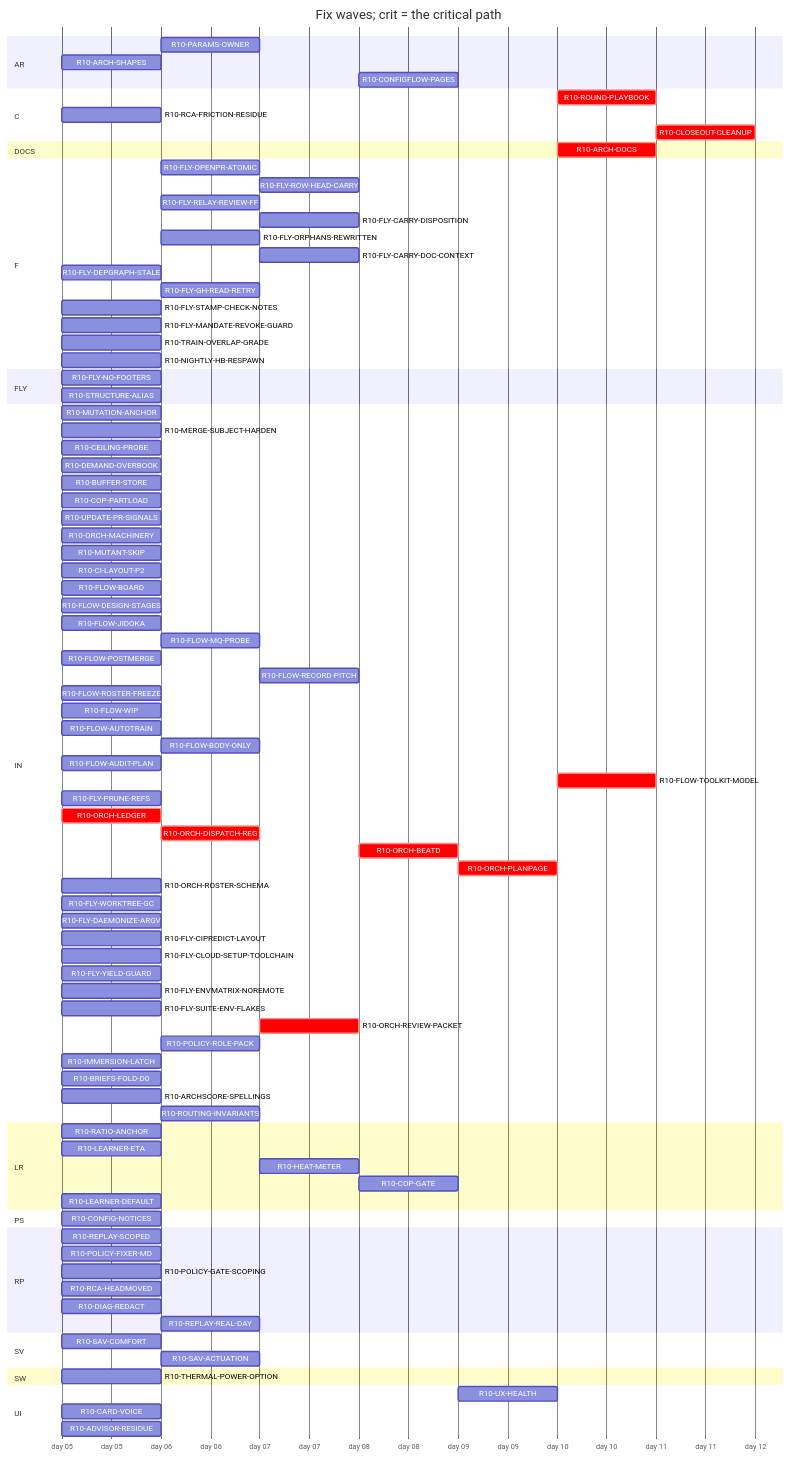
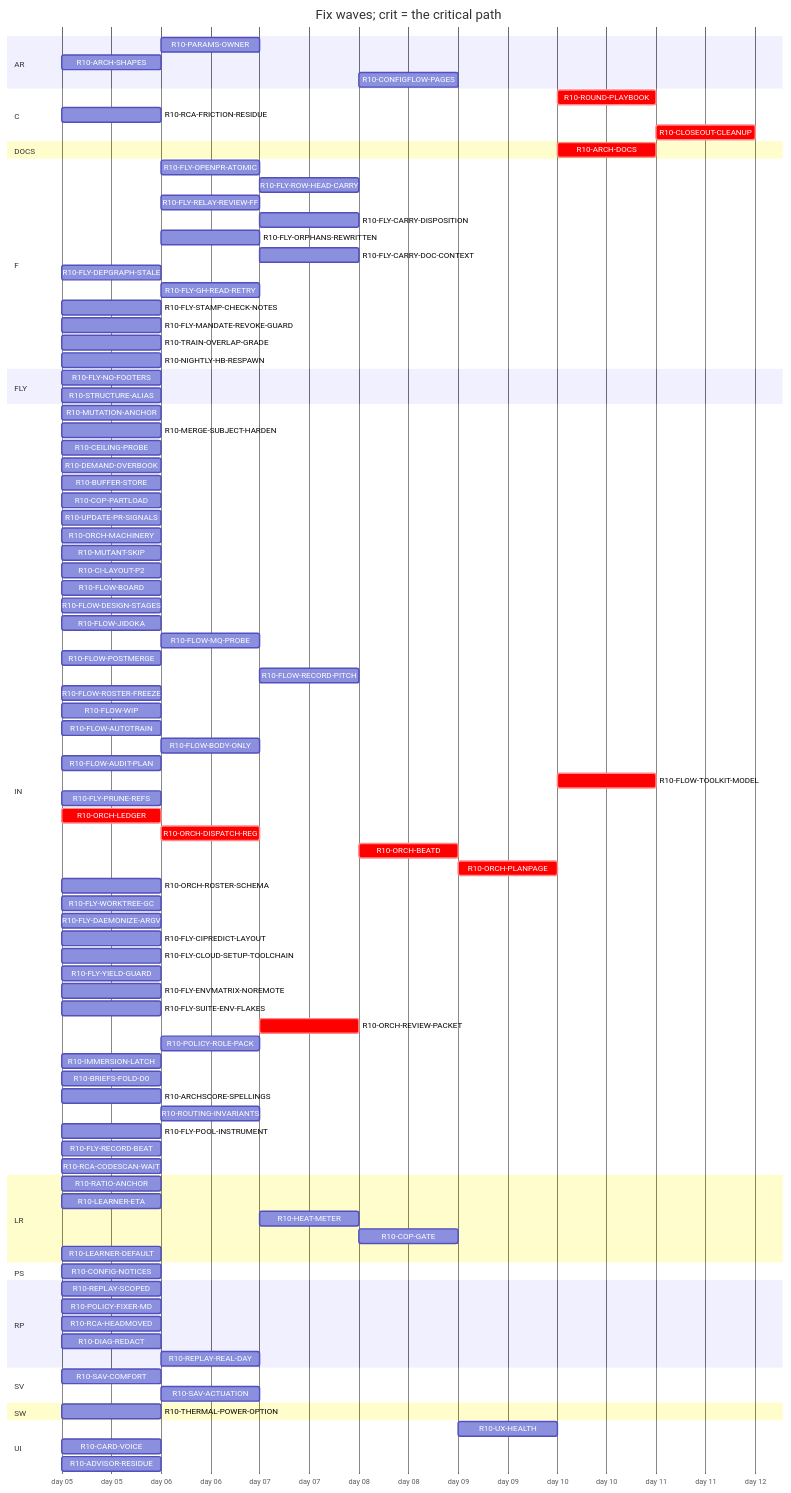
The diagram in handoff/round10/state/PLAN-TABLE.md (tvofi/heatpump_optimizer), drawn with Mermaid before and after one commit. The commit also changed other lines of this file and 2 other files, not shown here.

```diff
--- a/handoff/round10/state/PLAN-TABLE.md
+++ b/handoff/round10/state/PLAN-TABLE.md
@@ -36,7 +36,7 @@
     R10-RCA-FRICTION-RESIDUE :r10RCAFRICTIONRESIDUE, 2026-01-05, 1d
     R10-CLOSEOUT-CLEANUP :crit, r10CLOSEOUTCLEANUP, after r10FLYPRUNEREFS r10FLYWORKTREEGC r10ARCHDOCS r10ROUNDPLAYBOOK, 1d
   section DOCS
-    R10-ARCH-DOCS :crit, r10ARCHDOCS, after r10RATIOANCHOR r10CONFIGNOTICES r10PARAMSOWNER r10ARCHSHAPES r10LEARNERETA r10HEATMETER r10COPGATE r10UXHEALTH r10CONFIGFLOWPAGES r10REPLAYSCOPED r10POLICYFIXERMD r10POLICYGATESCOPING r10RCAHEADMOVED r10SAVCOMFORT r10MUTATIONANCHOR r10MERGESUBJECTHARDEN r10CEILINGPROBE r10DEMANDOVERBOOK r10BUFFERSTORE r10COPPARTLOAD r10UPDATEPRSIGNALS r10CARDVOICE r10THERMALPOWEROPTION r10LEARNERDEFAULT r10MUTANTSKIP r10CILAYOUTP2 r10FLOWBOARD r10FLOWDESIGNSTAGES r10FLOWJIDOKA r10FLOWMQPROBE r10FLOWPOSTMERGE r10FLOWRECORDPITCH r10FLOWROSTERFREEZE r10FLOWWIP r10FLOWAUTOTRAIN r10FLOWBODYONLY r10FLYOPENPRATOMIC r10FLYROWHEADCARRY r10FLOWAUDITPLAN r10FLYRELAYREVIEWFF r10FLYCARRYDISPOSITION r10FLYORPHANSREWRITTEN r10FLYCARRYDOCCONTEXT r10FLYDEPGRAPHSTALE r10FLOWTOOLKITMODEL r10FLYSTAMPCHECKNOTES r10FLYMANDATEREVOKEGUARD r10RCAFRICTIONRESIDUE r10TRAINOVERLAPGRADE r10NIGHTLYHBRESPAWN r10FLYPRUNEREFS r10ORCHLEDGER r10ORCHDISPATCHREG r10ORCHBEATD r10ORCHPLANPAGE r10ORCHROSTERSCHEMA r10FLYWORKTREEGC r10FLYDAEMONIZEARGV r10FLYCIPREDICTLAYOUT r10FLYCLOUDSETUPTOOLCHAIN r10FLYYIELDGUARD r10FLYENVMATRIXNOREMOTE r10STRUCTUREALIAS r10ORCHREVIEWPACKET r10POLICYROLEPACK r10IMMERSIONLATCH r10DIAGREDACT r10ADVISORRESIDUE r10BRIEFSFOLDD0 r10REPLAYREALDAY r10ARCHSCORESPELLINGS r10ROUTINGINVARIANTS r10SAVACTUATION, 1d
+    R10-ARCH-DOCS :crit, r10ARCHDOCS, after r10RATIOANCHOR r10CONFIGNOTICES r10PARAMSOWNER r10ARCHSHAPES r10LEARNERETA r10HEATMETER r10COPGATE r10UXHEALTH r10CONFIGFLOWPAGES r10REPLAYSCOPED r10POLICYFIXERMD r10RCAHEADMOVED r10SAVCOMFORT r10MUTATIONANCHOR r10MERGESUBJECTHARDEN r10CEILINGPROBE r10DEMANDOVERBOOK r10BUFFERSTORE r10COPPARTLOAD r10UPDATEPRSIGNALS r10CARDVOICE r10THERMALPOWEROPTION r10LEARNERDEFAULT r10MUTANTSKIP r10CILAYOUTP2 r10FLOWBOARD r10FLOWDESIGNSTAGES r10FLOWJIDOKA r10FLOWMQPROBE r10FLOWPOSTMERGE r10FLOWRECORDPITCH r10FLOWROSTERFREEZE r10FLOWWIP r10FLOWAUTOTRAIN r10FLOWBODYONLY r10FLYOPENPRATOMIC r10FLYROWHEADCARRY r10FLOWAUDITPLAN r10FLYRELAYREVIEWFF r10FLYCARRYDISPOSITION r10FLYORPHANSREWRITTEN r10FLYCARRYDOCCONTEXT r10FLYDEPGRAPHSTALE r10FLOWTOOLKITMODEL r10FLYSTAMPCHECKNOTES r10FLYMANDATEREVOKEGUARD r10RCAFRICTIONRESIDUE r10TRAINOVERLAPGRADE r10NIGHTLYHBRESPAWN r10FLYPRUNEREFS r10ORCHLEDGER r10ORCHDISPATCHREG r10ORCHBEATD r10ORCHPLANPAGE r10ORCHROSTERSCHEMA r10FLYWORKTREEGC r10FLYDAEMONIZEARGV r10FLYCIPREDICTLAYOUT r10FLYCLOUDSETUPTOOLCHAIN r10FLYYIELDGUARD r10FLYENVMATRIXNOREMOTE r10STRUCTUREALIAS r10ORCHREVIEWPACKET r10POLICYROLEPACK r10IMMERSIONLATCH r10DIAGREDACT r10ADVISORRESIDUE r10BRIEFSFOLDD0 r10REPLAYREALDAY r10ARCHSCORESPELLINGS r10ROUTINGINVARIANTS r10SAVACTUATION r10FLYPOOLINSTRUMENT r10FLYRECORDBEAT r10RCACODESCANWAIT, 1d
   section F
     R10-FLY-OPENPR-ATOMIC :r10FLYOPENPRATOMIC, after r10UPDATEPRSIGNALS, 1d
     R10-FLY-ROW-HEAD-CARRY :r10FLYROWHEADCARRY, after r10CILAYOUTP2 r10FLYOPENPRATOMIC r10FLOWMQPROBE, 1d
@@ -95,6 +95,9 @@
     R10-BRIEFS-FOLD-D0 :r10BRIEFSFOLDD0, 2026-01-05, 1d
     R10-ARCHSCORE-SPELLINGS :r10ARCHSCORESPELLINGS, 2026-01-05, 1d
     R10-ROUTING-INVARIANTS :r10ROUTINGINVARIANTS, after r10ORCHROSTERSCHEMA, 1d
+    R10-FLY-POOL-INSTRUMENT :r10FLYPOOLINSTRUMENT, 2026-01-05, 1d
+    R10-FLY-RECORD-BEAT :r10FLYRECORDBEAT, 2026-01-05, 1d
+    R10-RCA-CODESCAN-WAIT :r10RCACODESCANWAIT, 2026-01-05, 1d
   section LR
     R10-RATIO-ANCHOR :r10RATIOANCHOR, 2026-01-05, 1d
     R10-LEARNER-ETA :r10LEARNERETA, 2026-01-05, 1d
@@ -106,7 +109,6 @@
   section RP
     R10-REPLAY-SCOPED :r10REPLAYSCOPED, 2026-01-05, 1d
     R10-POLICY-FIXER-MD :r10POLICYFIXERMD, 2026-01-05, 1d
-    R10-POLICY-GATE-SCOPING :r10POLICYGATESCOPING, 2026-01-05, 1d
     R10-RCA-HEADMOVED :r10RCAHEADMOVED, 2026-01-05, 1d
     R10-DIAG-REDACT :r10DIAGREDACT, 2026-01-05, 1d
     R10-REPLAY-REAL-DAY :r10REPLAYREALDAY, after r10REPLAYSCOPED r10DIAGREDACT, 1d
```
